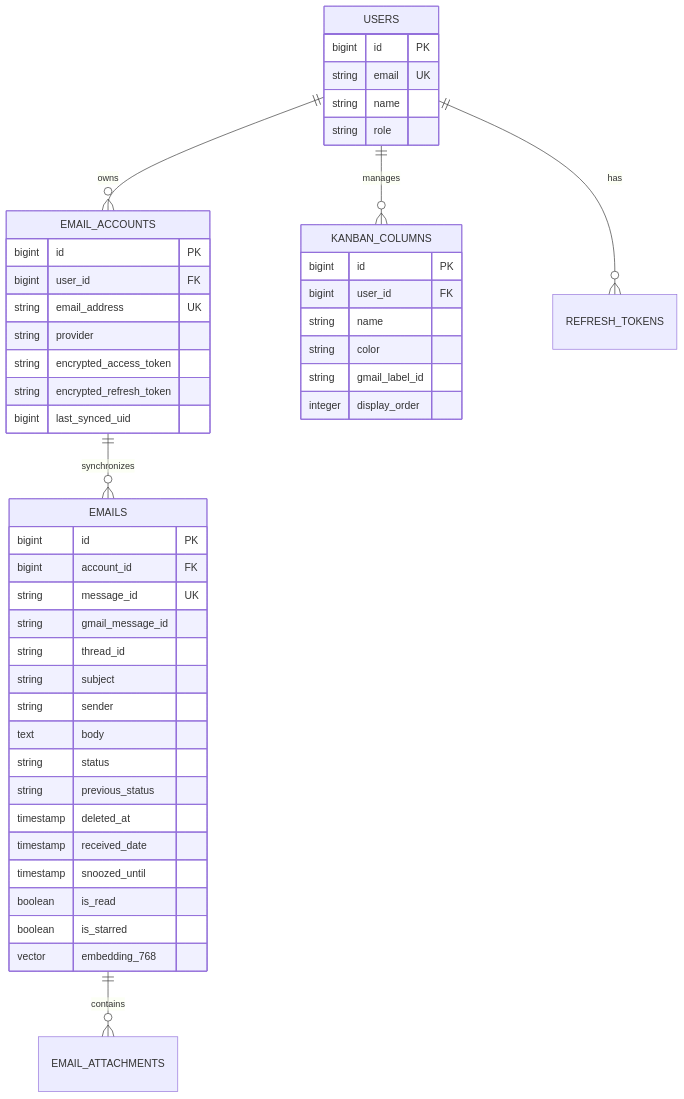
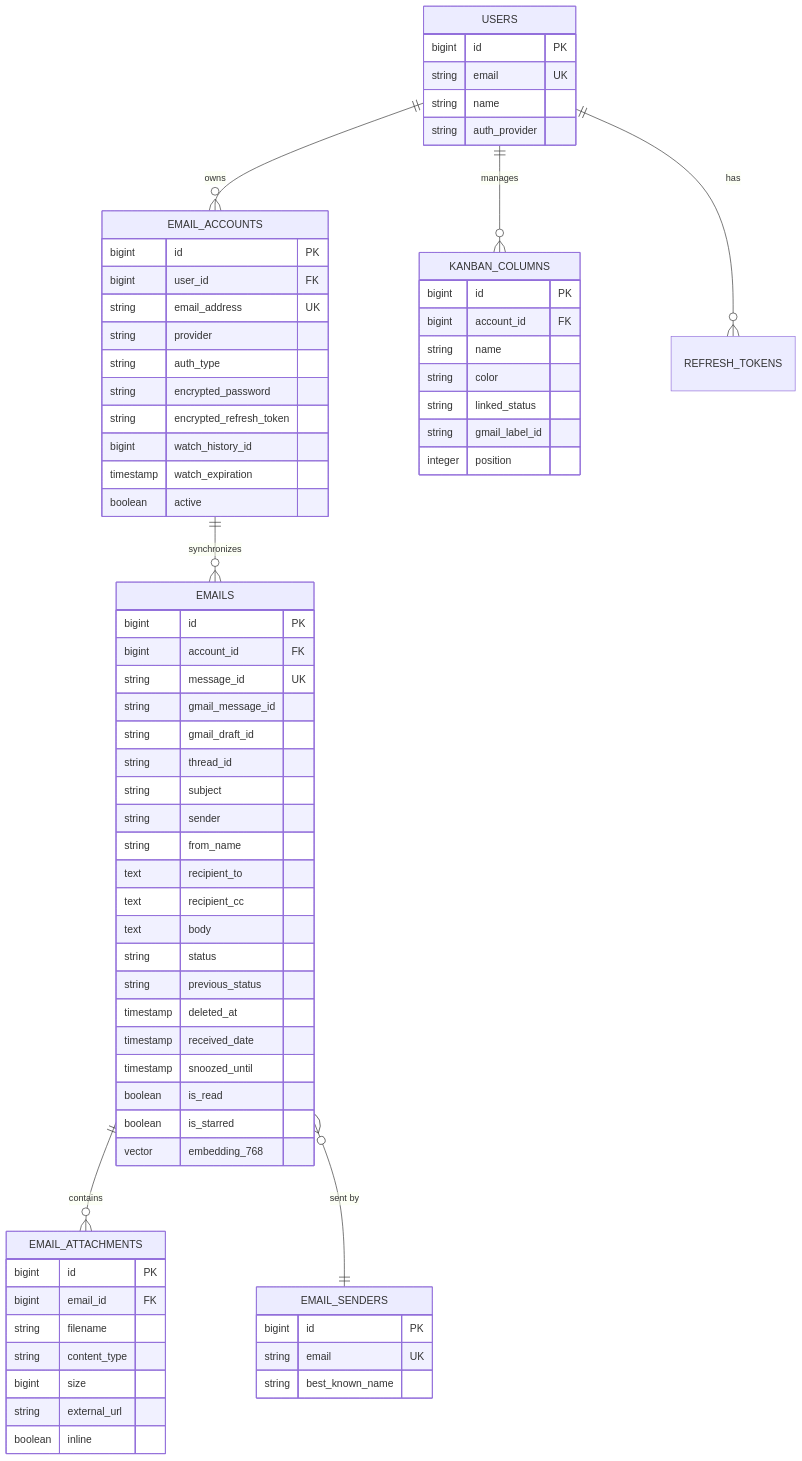
Before and after one commit to tlavu2004/mailboard-backend: the second of 2 diagrams in README.md, drawn with Mermaid. The commit also changed other lines of this file, not shown here.

Commit message:
docs(readme): update README with new email schema and migration details

````diff
--- a/README.md
+++ b/README.md
@@ -106,53 +106,78 @@
 ```mermaid
 erDiagram
     USERS ||--o{ EMAIL_ACCOUNTS : owns
     USERS ||--o{ KANBAN_COLUMNS : manages
     EMAIL_ACCOUNTS ||--o{ EMAILS : synchronizes
     EMAILS ||--o{ EMAIL_ATTACHMENTS : contains
     USERS ||--o{ REFRESH_TOKENS : has
+    EMAILS }o--|| EMAIL_SENDERS : "sent by"
 
     USERS {
         bigint id PK
         string email UK
         string name
-        string role
+        string auth_provider
     }
 
     EMAIL_ACCOUNTS {
         bigint id PK
         bigint user_id FK
         string email_address UK
         string provider
-        string encrypted_access_token
+        string auth_type
+        string encrypted_password
         string encrypted_refresh_token
-        bigint last_synced_uid
+        bigint watch_history_id
+        timestamp watch_expiration
+        boolean active
     }
 
     EMAILS {
         bigint id PK
         bigint account_id FK
         string message_id UK
         string gmail_message_id
+        string gmail_draft_id
         string thread_id
         string subject
         string sender
+        string from_name
+        text recipient_to
+        text recipient_cc
         text body
         string status
         string previous_status
         timestamp deleted_at
         timestamp received_date
         timestamp snoozed_until
         boolean is_read
         boolean is_starred
         vector embedding_768
     }
 
+    EMAIL_SENDERS {
+        bigint id PK
+        string email UK
+        string best_known_name
+    }
+
     KANBAN_COLUMNS {
         bigint id PK
-        bigint user_id FK
+        bigint account_id FK
         string name
         string color
+        string linked_status
         string gmail_label_id
-        integer display_order
+        integer position
+    }
+
+    EMAIL_ATTACHMENTS {
+        bigint id PK
+        bigint email_id FK
+        string filename
+        string content_type
+        bigint size
+        string external_url
+        boolean inline
     }
 ```
````
